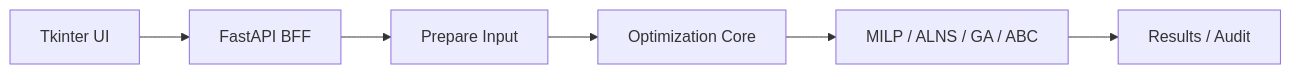
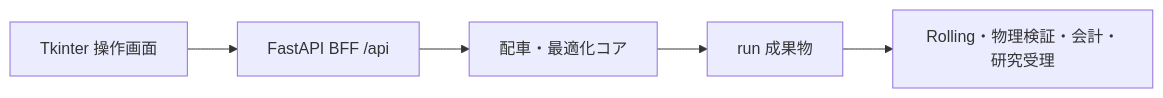
The diagram in README.md (CYLIU2003/master-course), drawn with Mermaid before and after one commit. The commit also changed other lines of this file and 2 other files, not shown here.

````diff
--- a/README.md
+++ b/README.md
@@ -386,8 +40,7 @@
 ```mermaid
 flowchart LR
-  UI[Tkinter UI] --> API[FastAPI BFF]
-  API --> PREP[Prepare Input]
-  PREP --> OPT[Optimization Core]
-  OPT --> SOLVE[MILP / ALNS / GA / ABC]
-  SOLVE --> OUT[Results / Audit]
+    UI[Tkinter 操作画面] --> BFF[FastAPI BFF /api]
+    BFF --> CORE[配車・最適化コア]
+    CORE --> ART[run 成果物]
+    ART --> CHECK[Rolling・物理検証・会計・研究受理]
 ```
````
